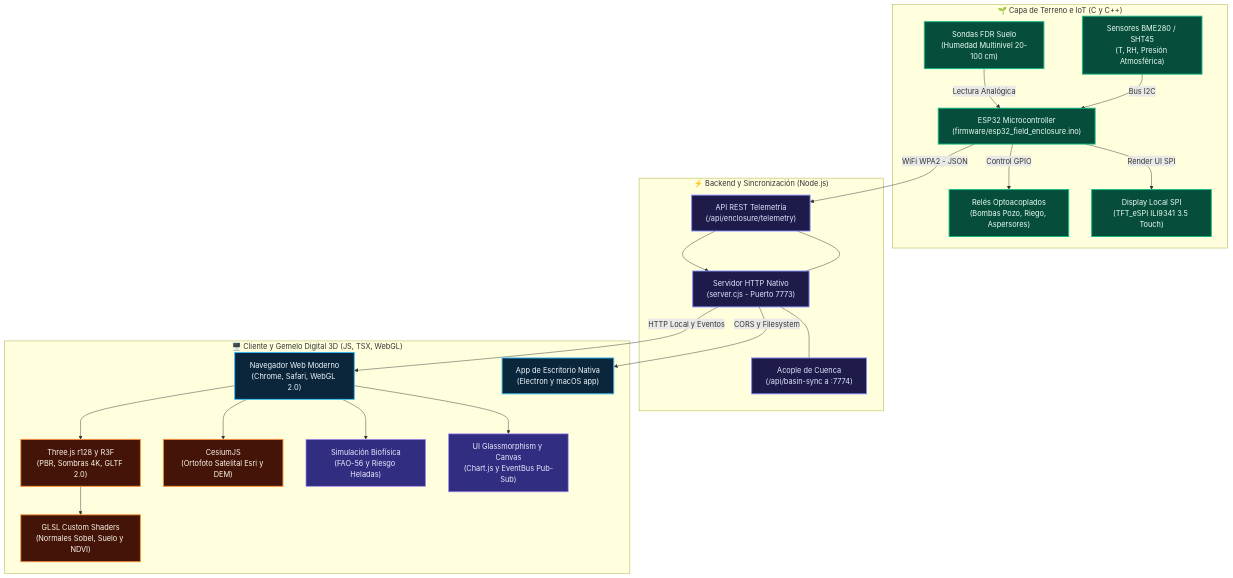
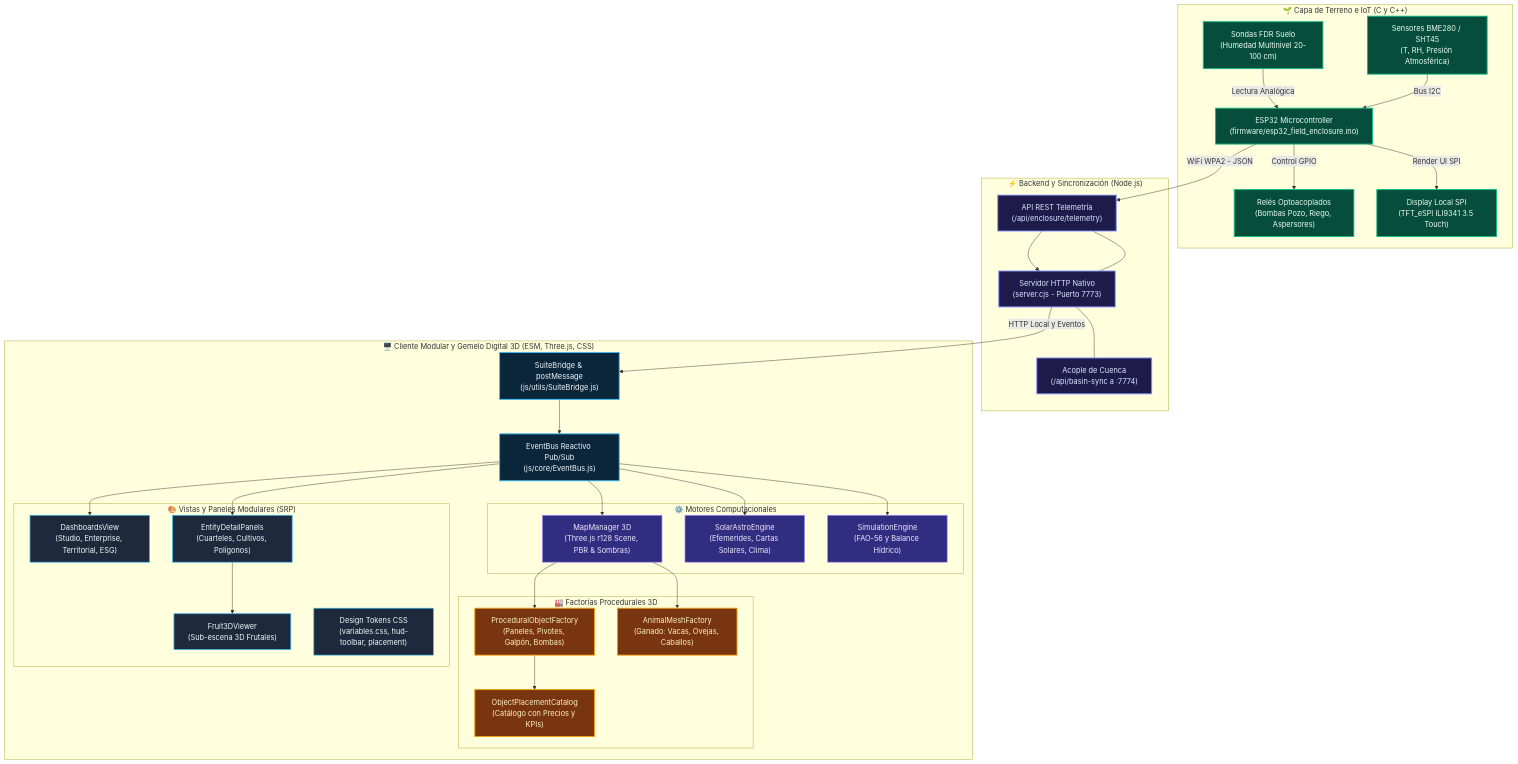
One commit to danisantanderurrutia-coder/agritwin-app changed the first of 2 diagrams in docs/STACK_TECNOLOGICO_ARQUITECTURA_AGRITWIN.md. Above: the diagram before and after it, drawn with Mermaid. The commit also changed other lines of this file and 92 other files, not shown here.

Commit message:
feat: implementar dossier satelital luminoso con slugs y navegacion interactiva

````diff
--- a/docs/STACK_TECNOLOGICO_ARQUITECTURA_AGRITWIN.md
+++ b/docs/STACK_TECNOLOGICO_ARQUITECTURA_AGRITWIN.md
@@ -21,52 +22,72 @@
 ```mermaid
 graph TD
     classDef iot fill:#064E3B,stroke:#10B981,stroke-width:2px,color:#ECFDF5;
     classDef srv fill:#1E1B4B,stroke:#818CF8,stroke-width:2px,color:#E0E7FF;
     classDef client fill:#0B253A,stroke:#38BDF8,stroke-width:2px,color:#F0F9FF;
     classDef engine fill:#312E81,stroke:#A78BFA,stroke-width:1.5px,color:#EDE9FE;
-    classDef render fill:#431407,stroke:#FB923C,stroke-width:2px,color:#FFF7ED;
+    classDef factory fill:#78350F,stroke:#F59E0B,stroke-width:2px,color:#FEF3C7;
+    classDef ui fill:#1E293B,stroke:#38BDF8,stroke-width:1.5px,color:#F0F9FF;
 
     subgraph TERRENO["🌱 Capa de Terreno e IoT (C y C++)"]
         ESP["ESP32 Microcontroller<br/>(firmware/esp32_field_enclosure.ino)"]:::iot
         FDR["Sondas FDR Suelo<br/>(Humedad Multinivel 20-100 cm)"]:::iot
         CLIM["Sensores BME280 / SHT45<br/>(T, RH, Presión Atmosférica)"]:::iot
         RELE["Relés Optoacoplados<br/>(Bombas Pozo, Riego, Aspersores)"]:::iot
         TFT["Display Local SPI<br/>(TFT_eSPI ILI9341 3.5 Touch)"]:::iot
 
         FDR -->|Lectura Analógica| ESP
         CLIM -->|Bus I2C| ESP
         ESP -->|Control GPIO| RELE
         ESP -->|Render UI SPI| TFT
     end
 
     subgraph SERVIDOR["⚡ Backend y Sincronización (Node.js)"]
         SRV["Servidor HTTP Nativo<br/>(server.cjs - Puerto 7773)"]:::srv
         API_TEL["API REST Telemetría<br/>(/api/enclosure/telemetry)"]:::srv
         SYNC_CUENCA["Acople de Cuenca<br/>(/api/basin-sync a :7774)"]:::srv
 
         SRV --- API_TEL
         SRV --- SYNC_CUENCA
     end
 
-    subgraph CLIENTE["🖥️ Cliente y Gemelo Digital 3D (JS, TSX, WebGL)"]
-        BROWSER["Navegador Web Moderno<br/>(Chrome, Safari, WebGL 2.0)"]:::client
-        ELEC["App de Escritorio Nativa<br/>(Electron y macOS app)"]:::client
-        
-        THREE["Three.js r128 y R3F<br/>(PBR, Sombras 4K, GLTF 2.0)"]:::render
-        CESIUM["CesiumJS<br/>(Ortofoto Satelital Esri y DEM)"]:::render
-        SHADERS["GLSL Custom Shaders<br/>(Normales Sobel, Suelo y NDVI)"]:::render
-        SIM["Simulación Biofísica<br/>(FAO-56 y Riesgo Heladas)"]:::engine
-        UI["UI Glassmorphism y Canvas<br/>(Chart.js y EventBus Pub-Sub)"]:::engine
+    subgraph CLIENTE["🖥️ Cliente Modular y Gemelo Digital 3D (ESM, Three.js, CSS)"]
+        BRIDGE["SuiteBridge & postMessage<br/>(js/utils/SuiteBridge.js)"]:::client
+        BUS["EventBus Reactivo Pub/Sub<br/>(js/core/EventBus.js)"]:::client
+
+        subgraph FACTORIES["🏭 Factorías Procedurales 3D"]
+            POF["ProceduralObjectFactory<br/>(Paneles, Pivotes, Galpón, Bombas)"]:::factory
+            AMF["AnimalMeshFactory<br/>(Ganado: Vacas, Ovejas, Caballos)"]:::factory
+            CAT["ObjectPlacementCatalog<br/>(Catálogo con Precios y KPIs)"]:::factory
+        end
+
+        subgraph ENGINES["⚙️ Motores Computacionales"]
+            MAP["MapManager 3D<br/>(Three.js r128 Scene, PBR & Sombras)"]:::engine
+            SOLAR["SolarAstroEngine<br/>(Efemerides, Cartas Solares, Clima)"]:::engine
+            SIM["SimulationEngine<br/>(FAO-56 y Balance Hídrico)"]:::engine
+        end
+
+        subgraph UI_MODULES["🎨 Vistas y Paneles Modulares (SRP)"]
+            DASH["DashboardsView<br/>(Studio, Enterprise, Territorial, ESG)"]:::ui
+            PANELS["EntityDetailPanels<br/>(Cuarteles, Cultivos, Polígonos)"]:::ui
+            FRUIT["Fruit3DViewer<br/>(Sub-escena 3D Frutales)"]:::ui
+            TOKENS["Design Tokens CSS<br/>(variables.css, hud-toolbar, placement)"]:::ui
+        end
     end
 
     ESP -->|WiFi WPA2 - JSON| API_TEL
     API_TEL --> SRV
-    SRV -->|HTTP Local y Eventos| BROWSER
-    SRV -->|CORS y Filesystem| ELEC
+    SRV -->|HTTP Local y Eventos| BRIDGE
+    BRIDGE --> BUS
 
-    BROWSER --> THREE
-    BROWSER --> CESIUM
-    THREE --> SHADERS
-    BROWSER --> SIM
-    BROWSER --> UI
+    BUS --> MAP
+    BUS --> SOLAR
+    BUS --> SIM
+
+    MAP --> POF
+    MAP --> AMF
+    POF --> CAT
+
+    BUS --> DASH
+    BUS --> PANELS
+    PANELS --> FRUIT
 ```
````
